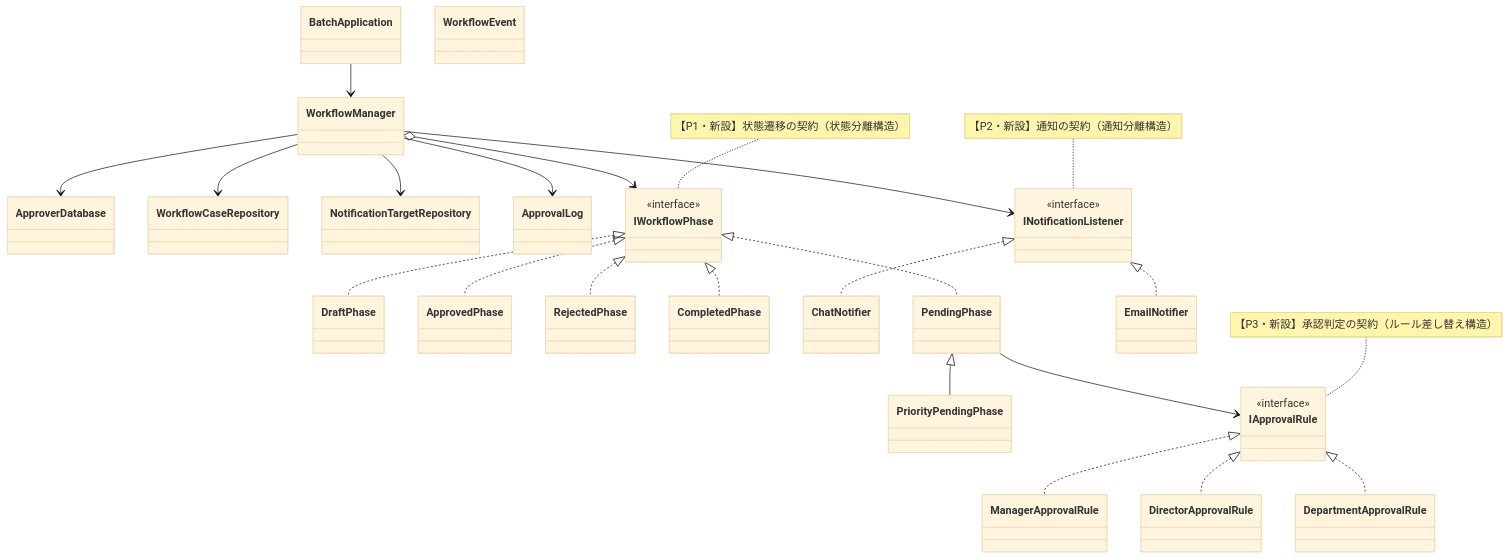
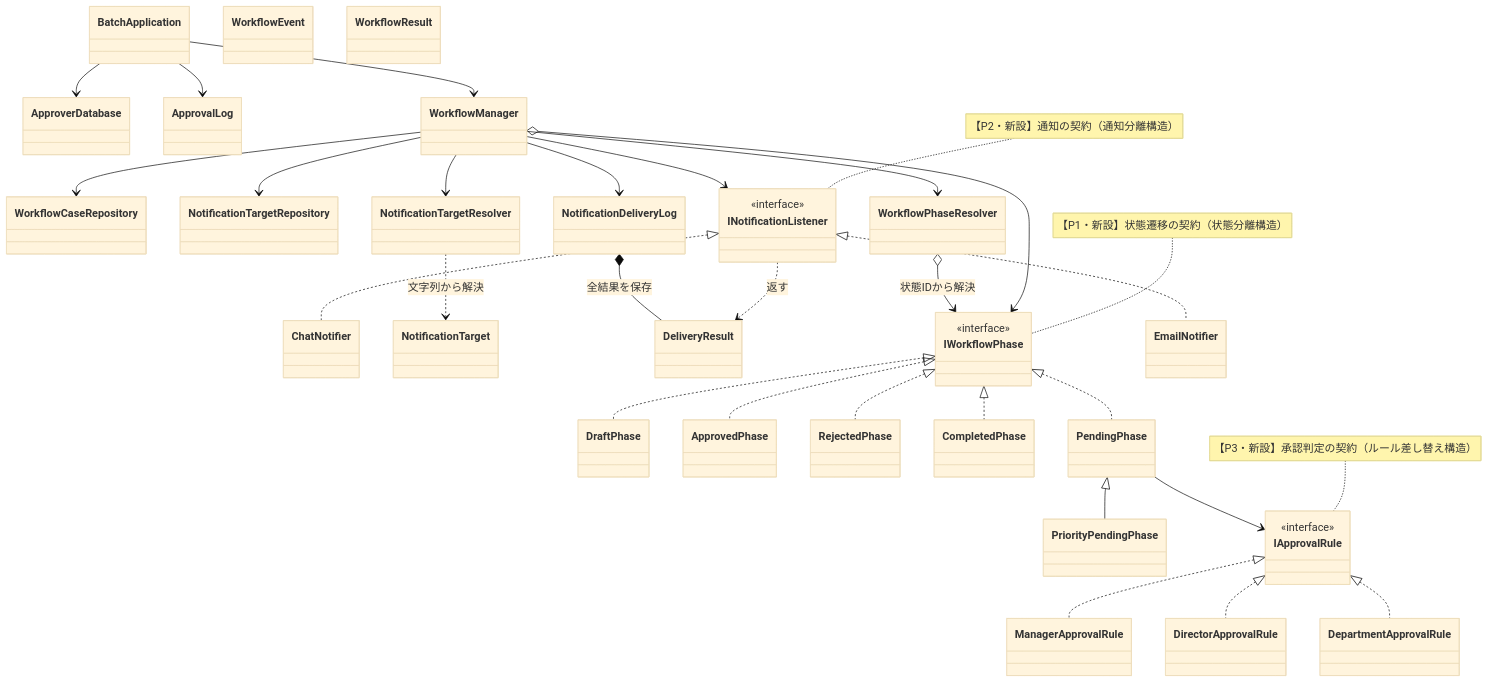
Diagram 11 of 17 in kindle/design-patterns/output/chapter12.md (kumachan1101-pixel/DesignPattern), drawn with Mermaid (base theme) before and after one commit. The commit also changed other lines of this file and 18 other files, not shown here.

````diff
--- a/kindle/design-patterns/output/chapter12.md
+++ b/kindle/design-patterns/output/chapter12.md
@@ -1146,50 +1151,63 @@
 ```mermaid
 classDiagram
     class DraftPhase
     class ApprovedPhase
     class RejectedPhase
     class CompletedPhase
     class DirectorApprovalRule
     class DepartmentApprovalRule
     class ApproverDatabase
     class WorkflowCaseRepository
     class NotificationTargetRepository
     class ChatNotifier
     class ApprovalLog
     class BatchApplication
     class WorkflowEvent
+    class WorkflowResult
+    class NotificationTarget
+    class DeliveryResult
     class WorkflowManager
+    class WorkflowPhaseResolver
+    class NotificationTargetResolver
+    class NotificationDeliveryLog
     class IWorkflowPhase { <<interface>> }
     class PendingPhase
     class PriorityPendingPhase
     class IApprovalRule { <<interface>> }
     class ManagerApprovalRule
     class INotificationListener { <<interface>> }
     class EmailNotifier
     WorkflowManager o--> IWorkflowPhase
     IWorkflowPhase <|.. PendingPhase
     PendingPhase <|-- PriorityPendingPhase
     PendingPhase --> IApprovalRule
     IApprovalRule <|.. ManagerApprovalRule
     WorkflowManager --> INotificationListener
+    WorkflowManager --> WorkflowPhaseResolver
+    WorkflowManager --> NotificationTargetResolver
+    WorkflowManager --> NotificationDeliveryLog
+    WorkflowPhaseResolver o--> IWorkflowPhase : 状態IDから解決
+    NotificationTargetResolver ..> NotificationTarget : 文字列から解決
+    INotificationListener ..> DeliveryResult : 返す
+    NotificationDeliveryLog *-- DeliveryResult : 全結果を保存
     INotificationListener <|.. EmailNotifier
     IWorkflowPhase <|.. DraftPhase
     IWorkflowPhase <|.. ApprovedPhase
     IWorkflowPhase <|.. RejectedPhase
     IWorkflowPhase <|.. CompletedPhase
     IApprovalRule <|.. DirectorApprovalRule
     IApprovalRule <|.. DepartmentApprovalRule
-    WorkflowManager --> ApproverDatabase
     WorkflowManager --> WorkflowCaseRepository
     WorkflowManager --> NotificationTargetRepository
     INotificationListener <|.. ChatNotifier
-    WorkflowManager --> ApprovalLog
     BatchApplication --> WorkflowManager
+    BatchApplication --> ApproverDatabase
+    BatchApplication --> ApprovalLog
 
     note for IWorkflowPhase "【P1・新設】状態遷移の契約（状態分離構造）"
     note for INotificationListener "【P2・新設】通知の契約（通知分離構造）"
     note for IApprovalRule "【P3・新設】承認判定の契約（ルール差し替え構造）"
 
     classDef focus fill:#FFF2CC,stroke:#D6B656,stroke-width:2px,color:#222222
-    cssClass "IWorkflowPhase,DraftPhase,PendingPhase,INotificationListener,EmailNotifier,IApprovalRule,ManagerApprovalRule" focus
+    cssClass "IWorkflowPhase,DraftPhase,PendingPhase,INotificationListener,EmailNotifier,IApprovalRule,ManagerApprovalRule,WorkflowPhaseResolver,NotificationTargetResolver,NotificationDeliveryLog" focus
 ```
````
